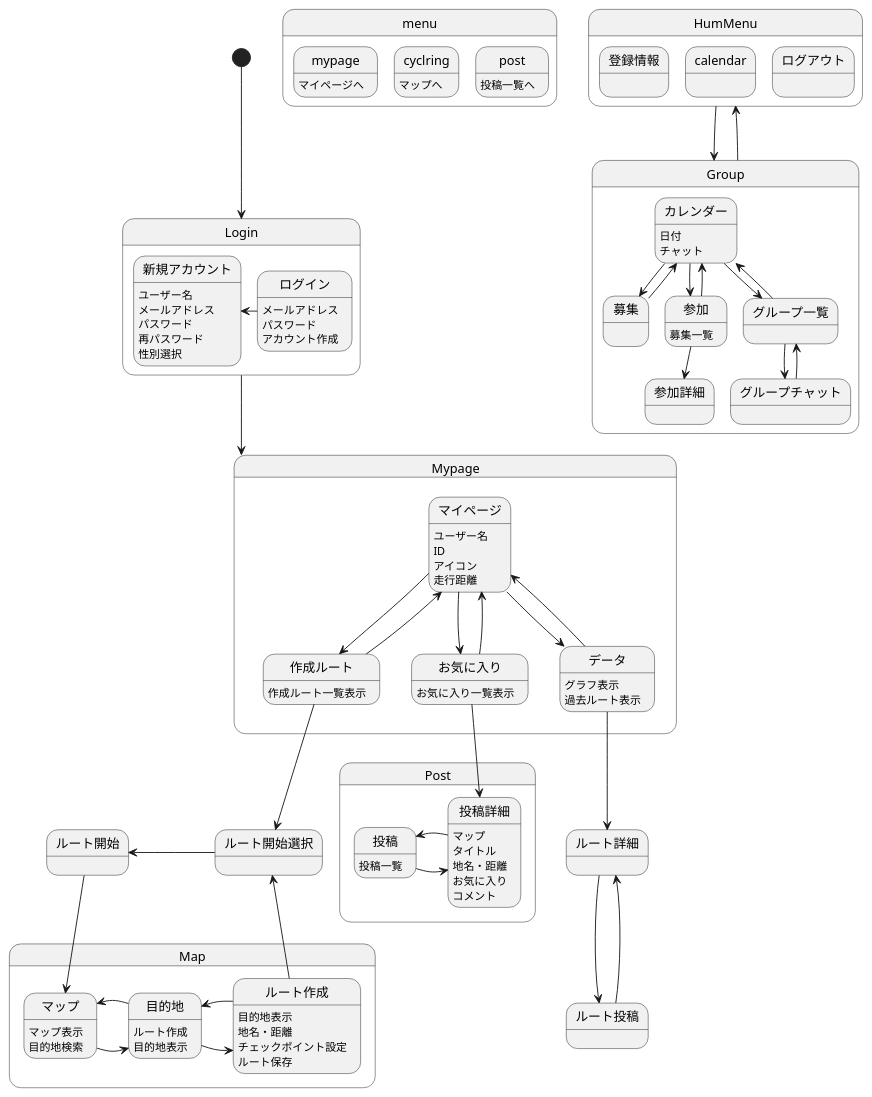
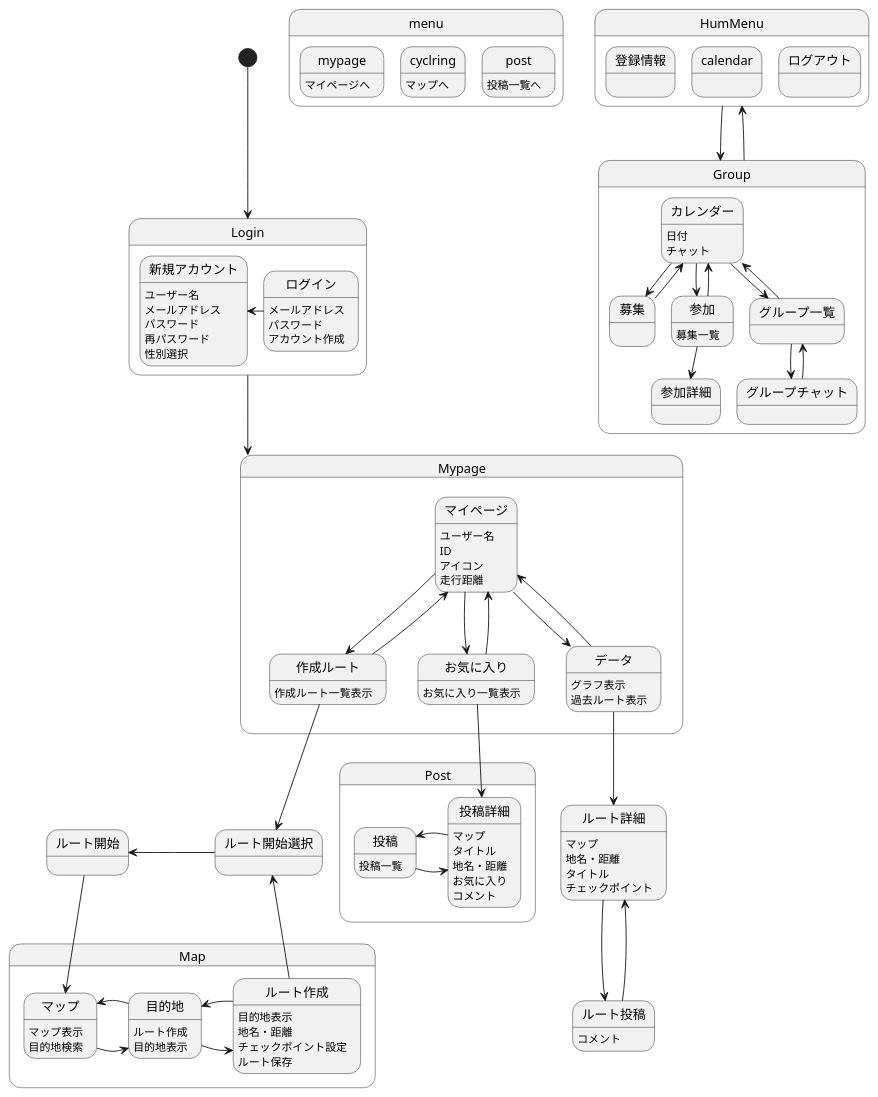
The diagram in 画面遷移図/gm.md (AsoSD3A3/CyclingSystem), drawn with PlantUML before and after one commit.

```diff
--- a/画面遷移図/gm.md
+++ b/画面遷移図/gm.md
@@ -64,7 +64,12 @@
 作成ルート:作成ルート一覧表示
 }
 データ-down->ルート詳細
+ルート詳細:マップ
+ルート詳細:地名・距離
+ルート詳細:タイトル
+ルート詳細:チェックポイント
 ルート詳細-down->ルート投稿
+ルート投稿:コメント
 ルート投稿-->ルート詳細
 
 state Map{
```
